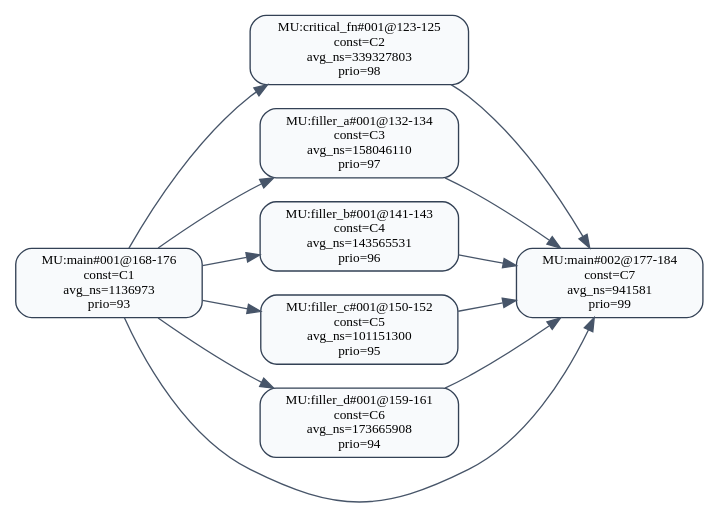
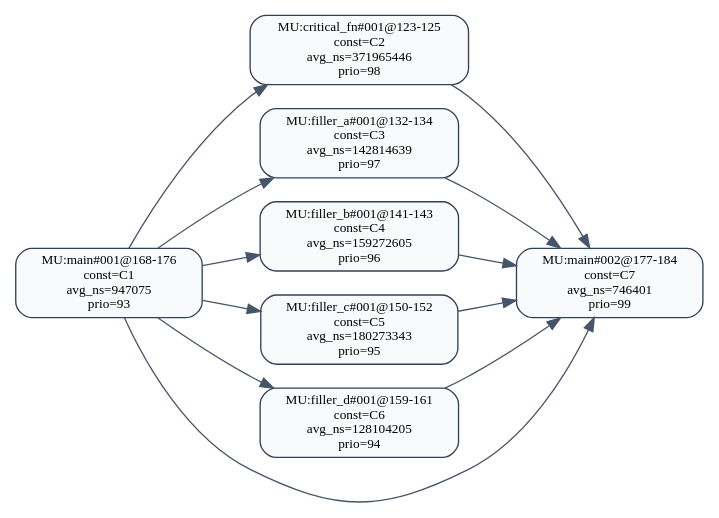
One commit to RTS-SYSU/DAG-Gen changed the diagram in 中间结果/zhang7/pipeline/validation/level2/effective_line_merge/t_level/dag_seg_annotated.dot. Above: the diagram before and after it, drawn with Graphviz. The commit also changed 6291 other files, not shown here.

```diff
--- a/中间结果/zhang7/pipeline/validation/level2/effective_line_merge/t_level/dag_seg_annotated.dot
+++ b/中间结果/zhang7/pipeline/validation/level2/effective_line_merge/t_level/dag_seg_annotated.dot
@@ -1,23 +1,23 @@
 digraph dag_seg_annotated {
   rankdir=LR;
   node [shape=box, style="rounded,filled", fillcolor="#F8FAFC", color="#334155", fontsize=10];
   edge [color="#475569"];
-  "MU:critical_fn#001@123-125" [label="MU:critical_fn#001@123-125\nconst=C2\navg_ns=339327803\nprio=98"];
-  "MU:filler_a#001@132-134" [label="MU:filler_a#001@132-134\nconst=C3\navg_ns=158046110\nprio=97"];
-  "MU:filler_b#001@141-143" [label="MU:filler_b#001@141-143\nconst=C4\navg_ns=143565531\nprio=96"];
-  "MU:filler_c#001@150-152" [label="MU:filler_c#001@150-152\nconst=C5\navg_ns=101151300\nprio=95"];
-  "MU:filler_d#001@159-161" [label="MU:filler_d#001@159-161\nconst=C6\navg_ns=173665908\nprio=94"];
-  "MU:main#001@168-176" [label="MU:main#001@168-176\nconst=C1\navg_ns=1136973\nprio=93"];
-  "MU:main#002@177-184" [label="MU:main#002@177-184\nconst=C7\navg_ns=941581\nprio=99"];
+  "MU:critical_fn#001@123-125" [label="MU:critical_fn#001@123-125\nconst=C2\navg_ns=371965446\nprio=98"];
+  "MU:filler_a#001@132-134" [label="MU:filler_a#001@132-134\nconst=C3\navg_ns=142814639\nprio=97"];
+  "MU:filler_b#001@141-143" [label="MU:filler_b#001@141-143\nconst=C4\navg_ns=159272605\nprio=96"];
+  "MU:filler_c#001@150-152" [label="MU:filler_c#001@150-152\nconst=C5\navg_ns=180273343\nprio=95"];
+  "MU:filler_d#001@159-161" [label="MU:filler_d#001@159-161\nconst=C6\navg_ns=128104205\nprio=94"];
+  "MU:main#001@168-176" [label="MU:main#001@168-176\nconst=C1\navg_ns=947075\nprio=93"];
+  "MU:main#002@177-184" [label="MU:main#002@177-184\nconst=C7\navg_ns=746401\nprio=99"];
   "MU:main#001@168-176" -> "MU:main#002@177-184";
   "MU:main#001@168-176" -> "MU:filler_a#001@132-134";
   "MU:main#001@168-176" -> "MU:filler_b#001@141-143";
   "MU:main#001@168-176" -> "MU:filler_c#001@150-152";
   "MU:main#001@168-176" -> "MU:filler_d#001@159-161";
   "MU:main#001@168-176" -> "MU:critical_fn#001@123-125";
   "MU:critical_fn#001@123-125" -> "MU:main#002@177-184";
   "MU:filler_a#001@132-134" -> "MU:main#002@177-184";
   "MU:filler_b#001@141-143" -> "MU:main#002@177-184";
   "MU:filler_c#001@150-152" -> "MU:main#002@177-184";
   "MU:filler_d#001@159-161" -> "MU:main#002@177-184";
 }
```
